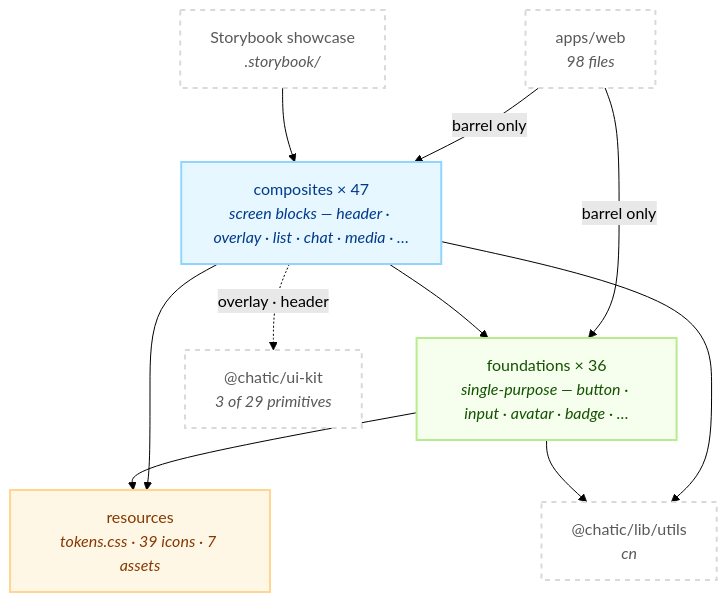
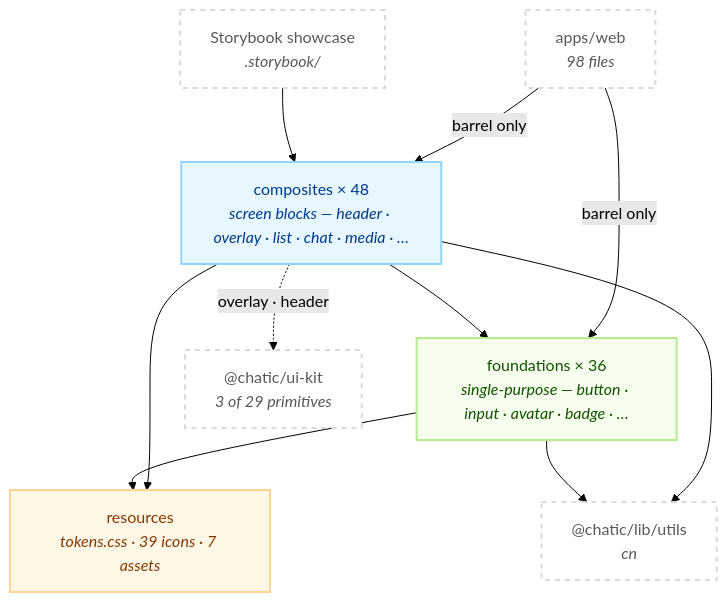
One commit to lemoncloud-io/dou-app changed the first of 2 diagrams in libs/web-ui-kit/README.md. Above: the diagram before and after it, drawn with Mermaid (forest theme). The commit also changed other lines of this file and 4 other files, not shown here.

````diff
--- a/libs/web-ui-kit/README.md
+++ b/libs/web-ui-kit/README.md
@@ -99,27 +101,27 @@
 ```mermaid
 flowchart TD
     classDef comp fill:#e6f7ff,stroke:#91d5ff,stroke-width:2px,color:#003a8c;
     classDef found fill:#f6ffed,stroke:#b7eb8f,stroke-width:2px,color:#135200;
     classDef res fill:#fff7e6,stroke:#ffd591,stroke-width:2px,color:#873800;
     classDef ext fill:#ffffff,stroke:#d9d9d9,stroke-width:2px,color:#595959,stroke-dasharray: 5 5;
 
     App["apps/web<br/><i>98 files</i>"]:::ext
     SB["Storybook showcase<br/><i>.storybook/</i>"]:::ext
 
-    C["composites × 47<br/><i>screen blocks — header · overlay · list · chat · media · …</i>"]:::comp
+    C["composites × 48<br/><i>screen blocks — header · overlay · list · chat · media · …</i>"]:::comp
     F["foundations × 36<br/><i>single-purpose — button · input · avatar · badge · …</i>"]:::found
     R["resources<br/><i>tokens.css · 39 icons · 7 assets</i>"]:::res
 
     UK["@chatic/ui-kit<br/><i>3 of 29 primitives</i>"]:::ext
     CN["@chatic/lib/utils<br/><i>cn</i>"]:::ext
 
     App -->|"barrel only"| C
     App -->|"barrel only"| F
     SB --> C
     C --> F
     C --> R
     F --> R
     C -.->|"overlay · header"| UK
     C --> CN
     F --> CN
 ```
````
